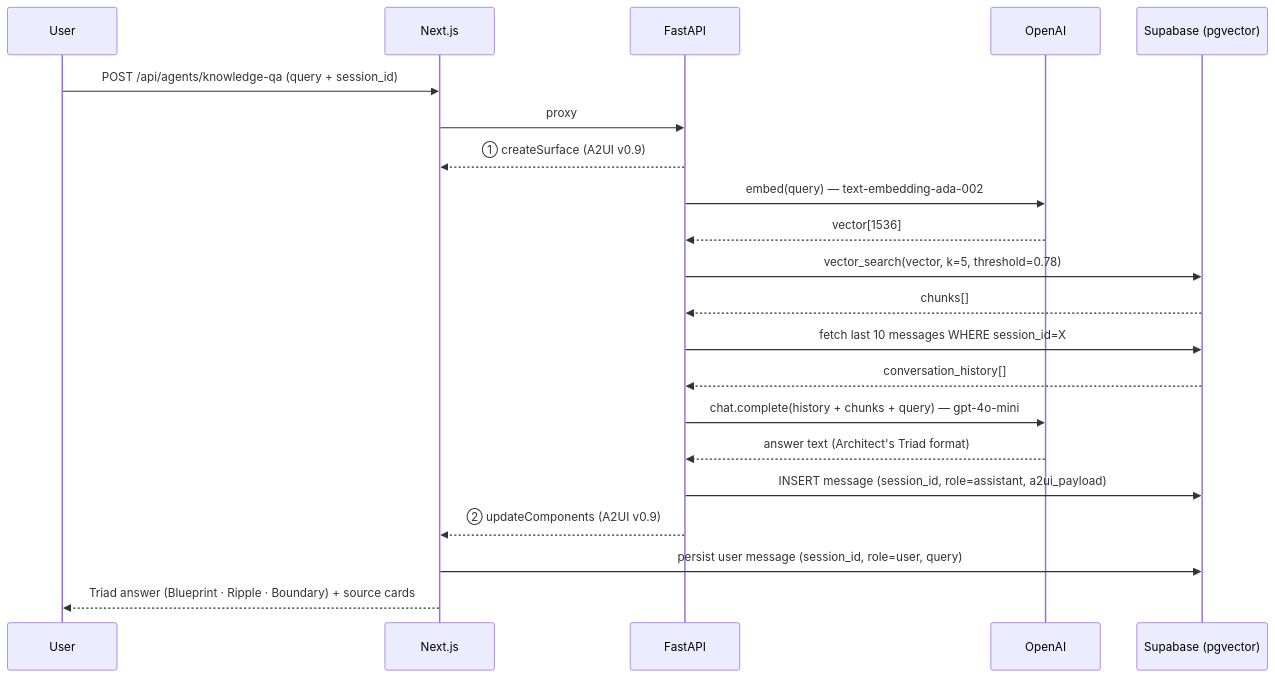
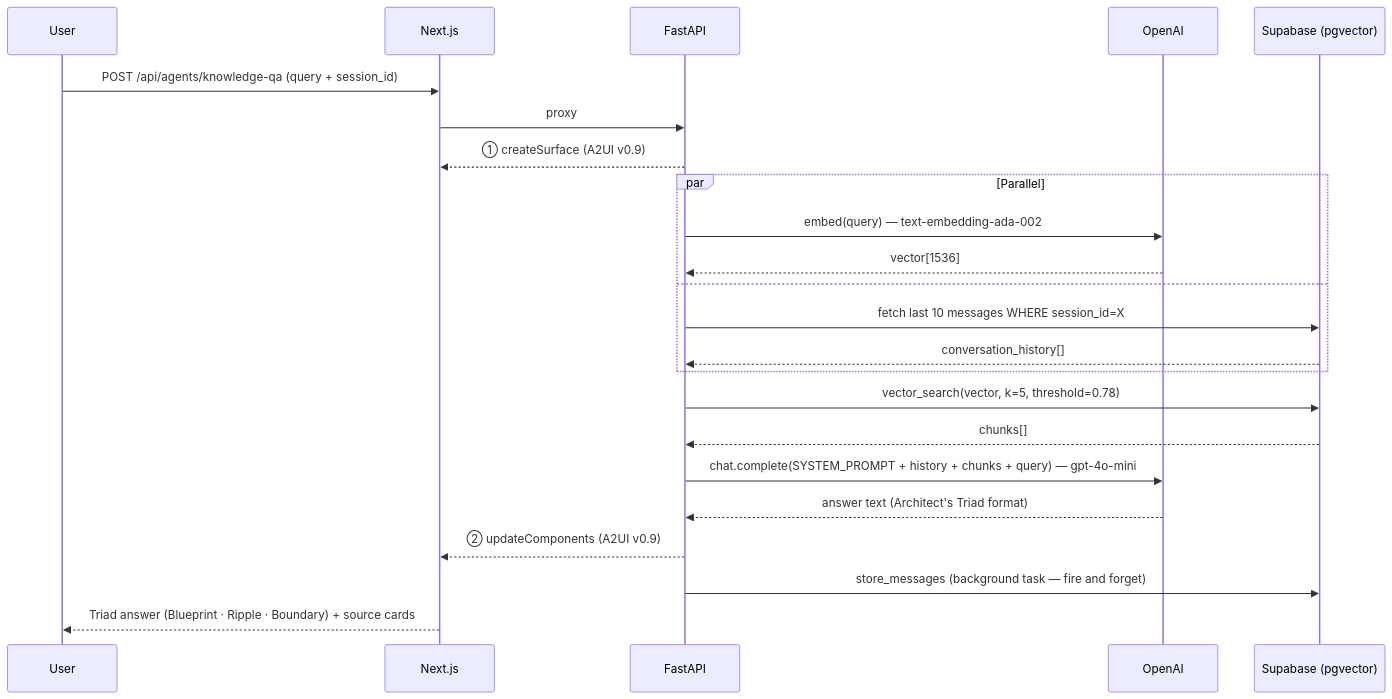
One commit to dashbh/synapse changed the second of 3 diagrams in docs/Architecture.md. Above: the diagram before and after it, drawn with Mermaid. The commit also changed other lines of this file, not shown here.

Commit message:
Update Architecture doc

````diff
--- a/docs/Architecture.md
+++ b/docs/Architecture.md
@@ -91,24 +89,26 @@
 ```mermaid
 sequenceDiagram
     participant User
     participant FE as Next.js
     participant BE as FastAPI
     participant OAI as OpenAI
     participant DB as Supabase (pgvector)
 
     User->>FE: POST /api/agents/knowledge-qa (query + session_id)
     FE->>BE: proxy
     BE-->>FE: ① createSurface (A2UI v0.9)
-    BE->>OAI: embed(query) — text-embedding-ada-002
-    OAI-->>BE: vector[1536]
+    par Parallel
+        BE->>OAI: embed(query) — text-embedding-ada-002
+        OAI-->>BE: vector[1536]
+    and
+        BE->>DB: fetch last 10 messages WHERE session_id=X
+        DB-->>BE: conversation_history[]
+    end
     BE->>DB: vector_search(vector, k=5, threshold=0.78)
     DB-->>BE: chunks[]
-    BE->>DB: fetch last 10 messages WHERE session_id=X
-    DB-->>BE: conversation_history[]
-    BE->>OAI: chat.complete(history + chunks + query) — gpt-4o-mini
+    BE->>OAI: chat.complete(SYSTEM_PROMPT + history + chunks + query) — gpt-4o-mini
     OAI-->>BE: answer text (Architect's Triad format)
-    BE->>DB: INSERT message (session_id, role=assistant, a2ui_payload)
     BE-->>FE: ② updateComponents (A2UI v0.9)
-    FE->>DB: persist user message (session_id, role=user, query)
+    BE->>DB: store_messages (background task — fire and forget)
     FE-->>User: Triad answer (Blueprint · Ripple · Boundary) + source cards
 ```
````
